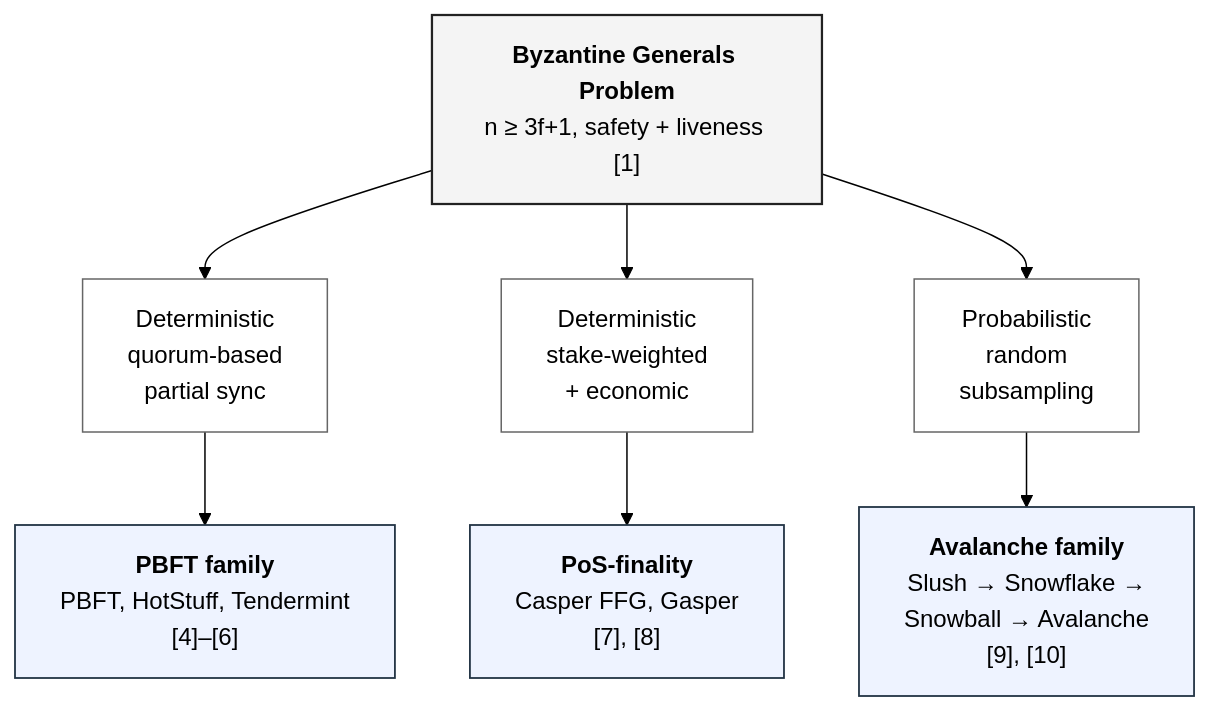
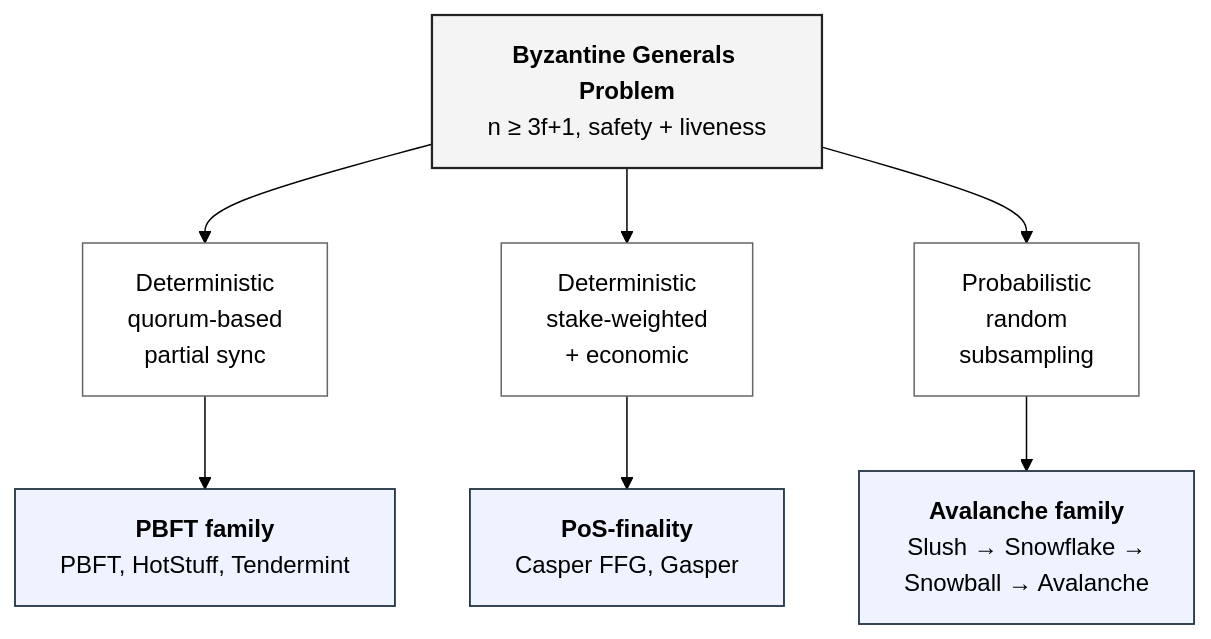
The diagram in wiki/diagrams/concepts/bft-families-tree.md (palhs/thesis), drawn with Mermaid (forest theme) before and after one commit. The commit also changed other lines of this file and 12 other files, not shown here.

````diff
--- a/wiki/diagrams/concepts/bft-families-tree.md
+++ b/wiki/diagrams/concepts/bft-families-tree.md
@@ -20,20 +20,20 @@
 ```mermaid
 flowchart TD
-    BGP["<b>Byzantine Generals Problem</b><br/>n ≥ 3f+1, safety + liveness [1]"]
+    BGP["<b>Byzantine Generals Problem</b><br/>n ≥ 3f+1, safety + liveness"]
 
     BGP --> A["Deterministic<br/>quorum-based<br/>partial sync"]
     BGP --> B["Deterministic<br/>stake-weighted<br/>+ economic"]
     BGP --> C["Probabilistic<br/>random<br/>subsampling"]
 
-    A --> A1["<b>PBFT family</b><br/>PBFT, HotStuff, Tendermint<br/>[4]–[6]"]
-    B --> B1["<b>PoS-finality</b><br/>Casper FFG, Gasper<br/>[7], [8]"]
-    C --> C1["<b>Avalanche family</b><br/>Slush → Snowflake →<br/>Snowball → Avalanche<br/>[9], [10]"]
+    A --> A1["<b>PBFT family</b><br/>PBFT, HotStuff, Tendermint"]
+    B --> B1["<b>PoS-finality</b><br/>Casper FFG, Gasper"]
+    C --> C1["<b>Avalanche family</b><br/>Slush → Snowflake →<br/>Snowball → Avalanche"]
 
     classDef root      fill:#f4f4f4,stroke:#222,stroke-width:1.5px,color:#000
     classDef concession fill:#ffffff,stroke:#666,stroke-width:1px,color:#000
     classDef family    fill:#eef3ff,stroke:#234,stroke-width:1.2px,color:#000
 
     class BGP root
     class A,B,C concession
     class A1,B1,C1 family
 ```
````
